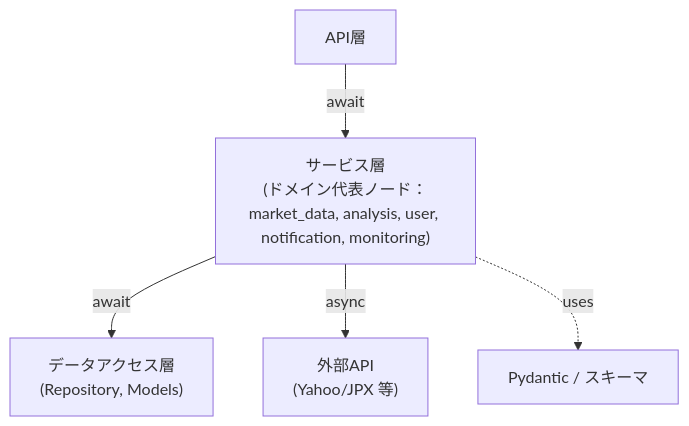
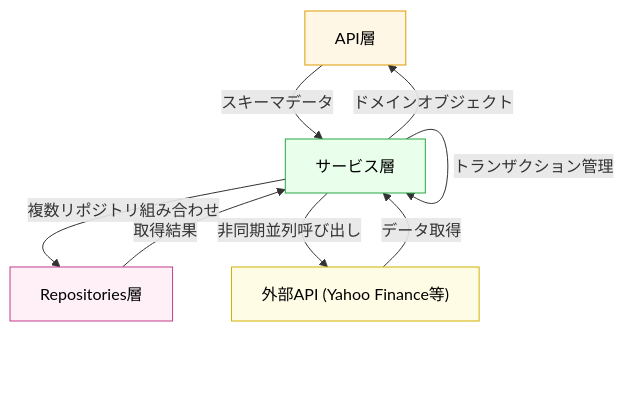
Before and after one commit to develop-nti-0902/STOCK-INVESTMENT-ANALYZER: the diagram in docs/architecture/layers/service_layer.md, drawn with Mermaid. The commit also changed other lines of this file and 19 other files, not shown here.

Commit message:
docs(architecture): ドキュメント構成を整理し新規レイヤ定義を追加

````diff
--- a/docs/architecture/layers/service_layer.md
+++ b/docs/architecture/layers/service_layer.md
@@ -213,13 +46,20 @@
 ```mermaid
 graph TB
-    API["API層"]
-    Service["サービス層<br/>(ドメイン代表ノード：market_data, analysis, user, notification, monitoring)"]
-    Data["データアクセス層<br/>(Repository, Models)"]
-    External["外部API<br/>(Yahoo/JPX 等)"]
-    Schemas["Pydantic / スキーマ"]
+  API["API層"]
+  Service["サービス層"]
+  Repo["Repositories層"]
+  External["外部API (Yahoo Finance等)"]
 
-    API -->|await| Service
-    Service -->|await| Data
-    Service -->|async| External
-    Service -.->|uses| Schemas
+  API -->|スキーマデータ| Service
+  Service -->|複数リポジトリ組み合わせ| Repo
+  Repo -->|取得結果| Service
+  Service -->|トランザクション管理| Service
+  Service -->|非同期並列呼び出し| External
+  External -->|データ取得| Service
+  Service -->|ドメインオブジェクト| API
+
+  style Service fill:#e9ffec,stroke:#27a745,color:#000
+  style API fill:#fff7e6,stroke:#e09b00,color:#000
+  style Repo fill:#fff0f7,stroke:#c13b8b,color:#000
+  style External fill:#fffce6,stroke:#d1b300,color:#000
 ```
````
